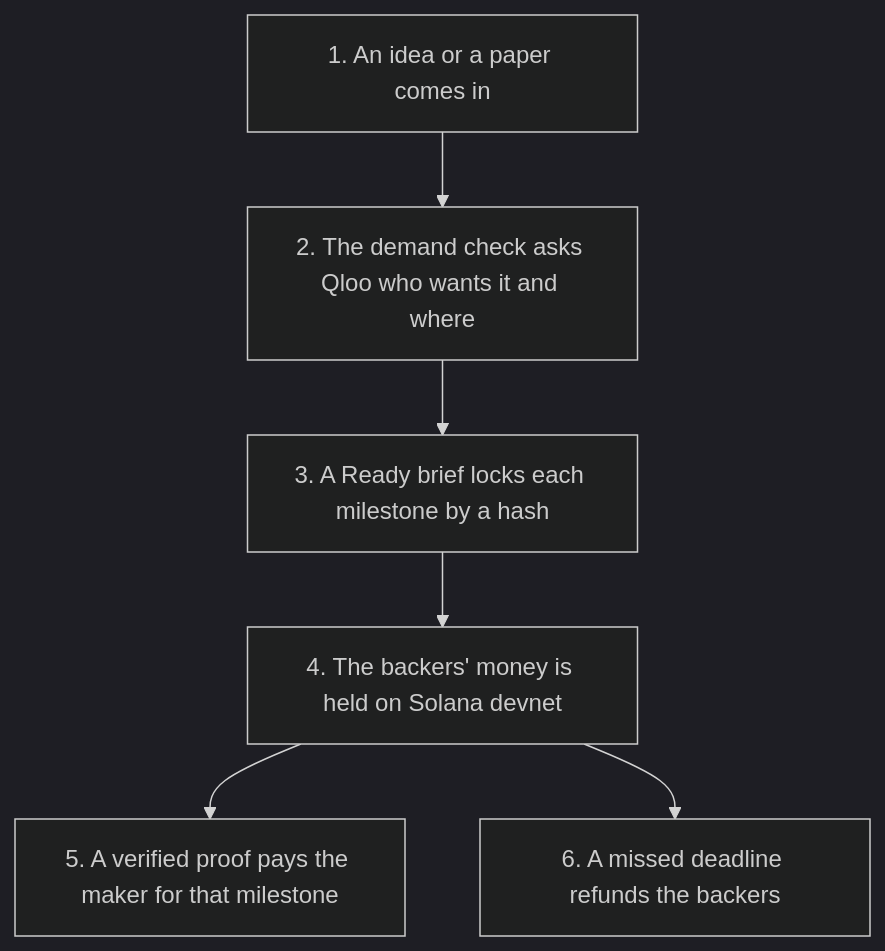
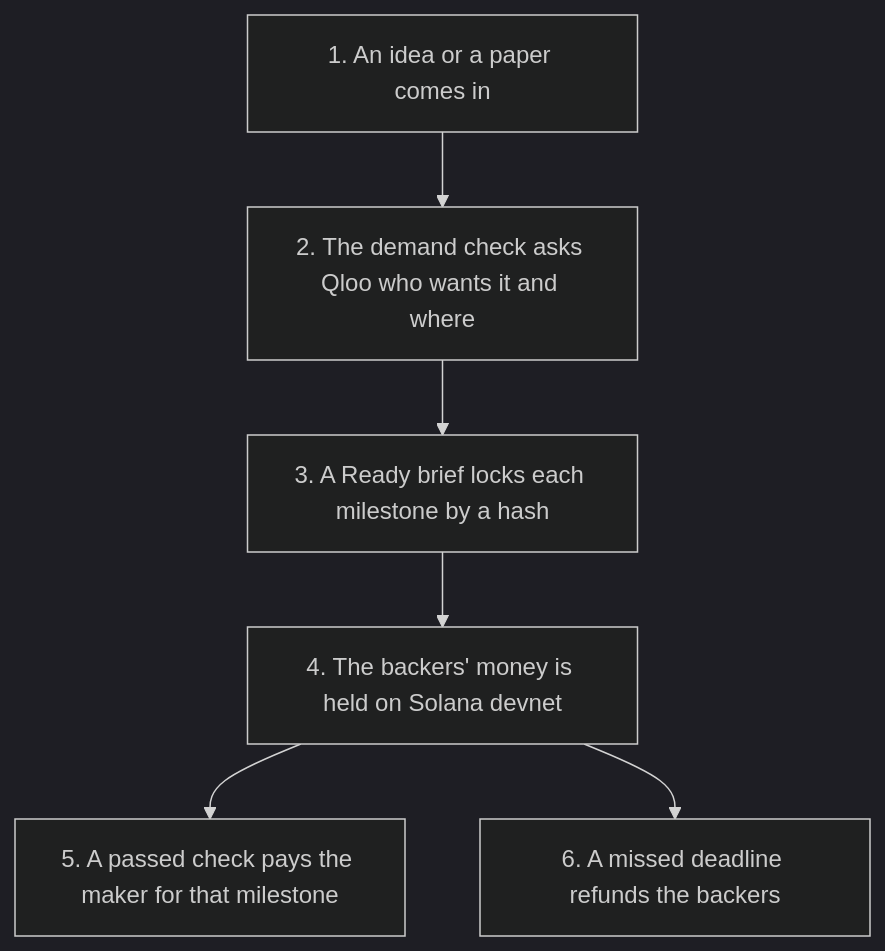
One commit to drexthealpha/Knos changed the diagram in docs/STORY.md. Above: the diagram before and after it, drawn with Mermaid (dark theme). The commit also changed other lines of this file and 101 other files, not shown here.

````diff
--- a/docs/STORY.md
+++ b/docs/STORY.md
@@ -15,12 +15,12 @@
 ```mermaid
 flowchart TB
     s1["1. An idea or a paper comes in"]
     s2["2. The demand check asks Qloo who wants it and where"]
     s3["3. A Ready brief locks each milestone by a hash"]
     s4["4. The backers' money is held on Solana devnet"]
-    s5["5. A verified proof pays the maker for that milestone"]
+    s5["5. A passed check pays the maker for that milestone"]
     s6["6. A missed deadline refunds the backers"]
     s1 --> s2 --> s3 --> s4
     s4 --> s5
     s4 --> s6
 ```
````
